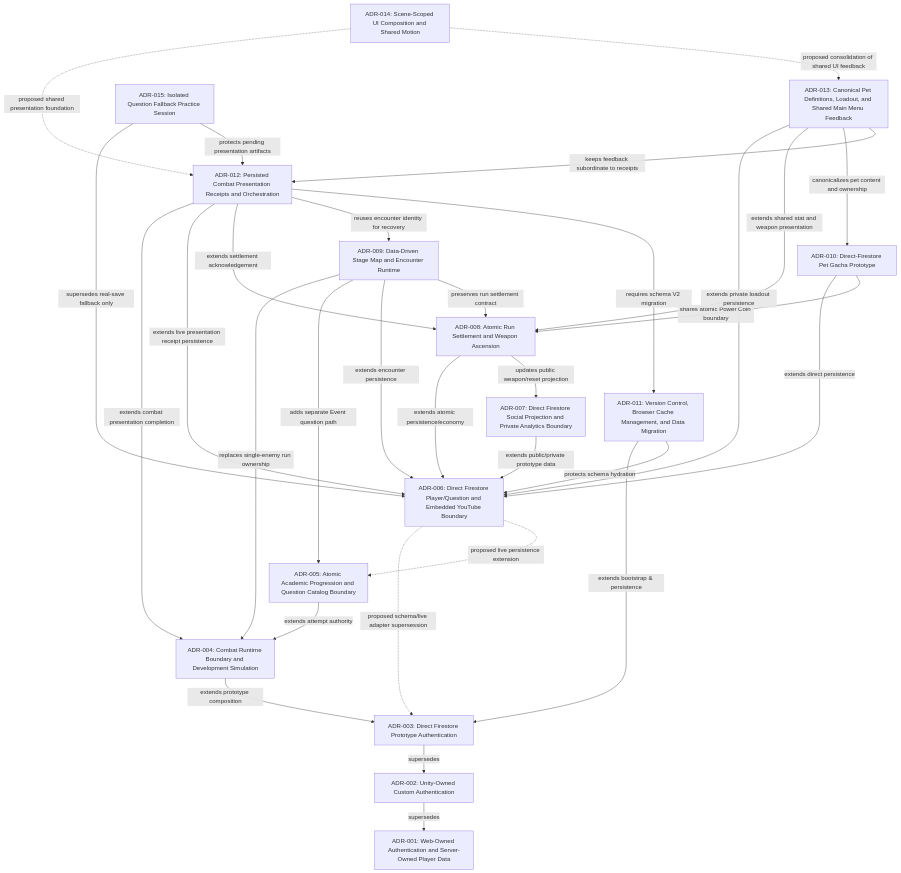
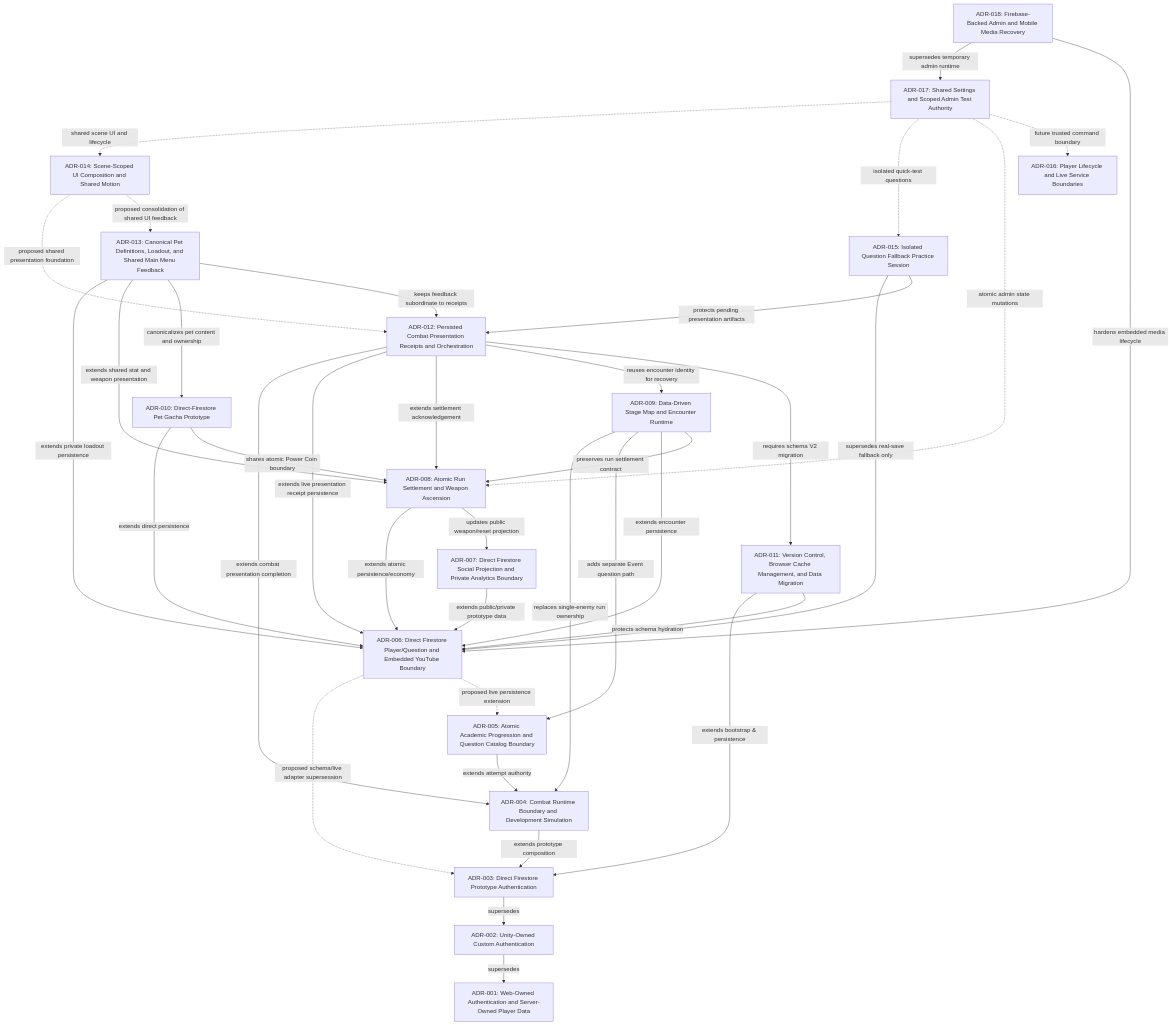
Before and after one commit to AescaLiebert/Powermath-app: the diagram in Docs_PowerMath/3_Outputs/ADRs/README.md, drawn with Mermaid. The commit also changed other lines of this file and 686 other files, not shown here.

First line of the commit message:
feat(settings): add shared settings panel, admin tools, webgl pwa, and media updates

````diff
--- a/Docs_PowerMath/3_Outputs/ADRs/README.md
+++ b/Docs_PowerMath/3_Outputs/ADRs/README.md
@@ -5,48 +5,57 @@
 ```mermaid
 graph TD
     ADR001["ADR-001: Web-Owned Authentication and Server-Owned Player Data"]
     ADR002["ADR-002: Unity-Owned Custom Authentication"]
     ADR003["ADR-003: Direct Firestore Prototype Authentication"]
     ADR004["ADR-004: Combat Runtime Boundary and Development Simulation"]
     ADR005["ADR-005: Atomic Academic Progression and Question Catalog Boundary"]
     ADR006["ADR-006: Direct Firestore Player/Question and Embedded YouTube Boundary"]
     ADR007["ADR-007: Direct Firestore Social Projection and Private Analytics Boundary"]
     ADR008["ADR-008: Atomic Run Settlement and Weapon Ascension"]
     ADR009["ADR-009: Data-Driven Stage Map and Encounter Runtime"]
     ADR010["ADR-010: Direct-Firestore Pet Gacha Prototype"]
     ADR011["ADR-011: Version Control, Browser Cache Management, and Data Migration"]
     ADR012["ADR-012: Persisted Combat Presentation Receipts and Orchestration"]
     ADR013["ADR-013: Canonical Pet Definitions, Loadout, and Shared Main Menu Feedback"]
     ADR014["ADR-014: Scene-Scoped UI Composition and Shared Motion"]
     ADR015["ADR-015: Isolated Question Fallback Practice Session"]
+    ADR016["ADR-016: Player Lifecycle and Live Service Boundaries"]
+    ADR017["ADR-017: Shared Settings and Scoped Admin Test Authority"]
+    ADR018["ADR-018: Firebase-Backed Admin and Mobile Media Recovery"]
     ADR002 -- "supersedes" --> ADR001
     ADR003 -- "supersedes" --> ADR002
     ADR004 -- "extends prototype composition" --> ADR003
     ADR005 -- "extends attempt authority" --> ADR004
     ADR006 -. "proposed schema/live adapter supersession" .-> ADR003
     ADR006 -. "proposed live persistence extension" .-> ADR005
     ADR007 -- "extends public/private prototype data" --> ADR006
     ADR008 -- "extends atomic persistence/economy" --> ADR006
     ADR008 -- "updates public weapon/reset projection" --> ADR007
     ADR009 -- "replaces single-enemy run ownership" --> ADR004
     ADR009 -- "adds separate Event question path" --> ADR005
     ADR009 -- "extends encounter persistence" --> ADR006
     ADR009 -- "preserves run settlement contract" --> ADR008
     ADR010 -- "extends direct persistence" --> ADR006
     ADR010 -- "shares atomic Power Coin boundary" --> ADR008
     ADR011 -- "extends bootstrap & persistence" --> ADR003
     ADR011 -- "protects schema hydration" --> ADR006
     ADR012 -- "extends combat presentation completion" --> ADR004
     ADR012 -- "extends live presentation receipt persistence" --> ADR006
     ADR012 -- "extends settlement acknowledgement" --> ADR008
     ADR012 -- "reuses encounter identity for recovery" --> ADR009
     ADR012 -- "requires schema V2 migration" --> ADR011
     ADR013 -- "extends private loadout persistence" --> ADR006
     ADR013 -- "extends shared stat and weapon presentation" --> ADR008
     ADR013 -- "canonicalizes pet content and ownership" --> ADR010
     ADR013 -- "keeps feedback subordinate to receipts" --> ADR012
     ADR014 -. "proposed shared presentation foundation" .-> ADR012
     ADR014 -. "proposed consolidation of shared UI feedback" .-> ADR013
     ADR015 -- "supersedes real-save fallback only" --> ADR006
     ADR015 -- "protects pending presentation artifacts" --> ADR012
+    ADR017 -. "shared scene UI and lifecycle" .-> ADR014
+    ADR017 -. "isolated quick-test questions" .-> ADR015
+    ADR017 -. "atomic admin state mutations" .-> ADR008
+    ADR017 -. "future trusted command boundary" .-> ADR016
+    ADR018 -- "supersedes temporary admin runtime" --> ADR017
+    ADR018 -- "hardens embedded media lifecycle" --> ADR006
 ```
````
